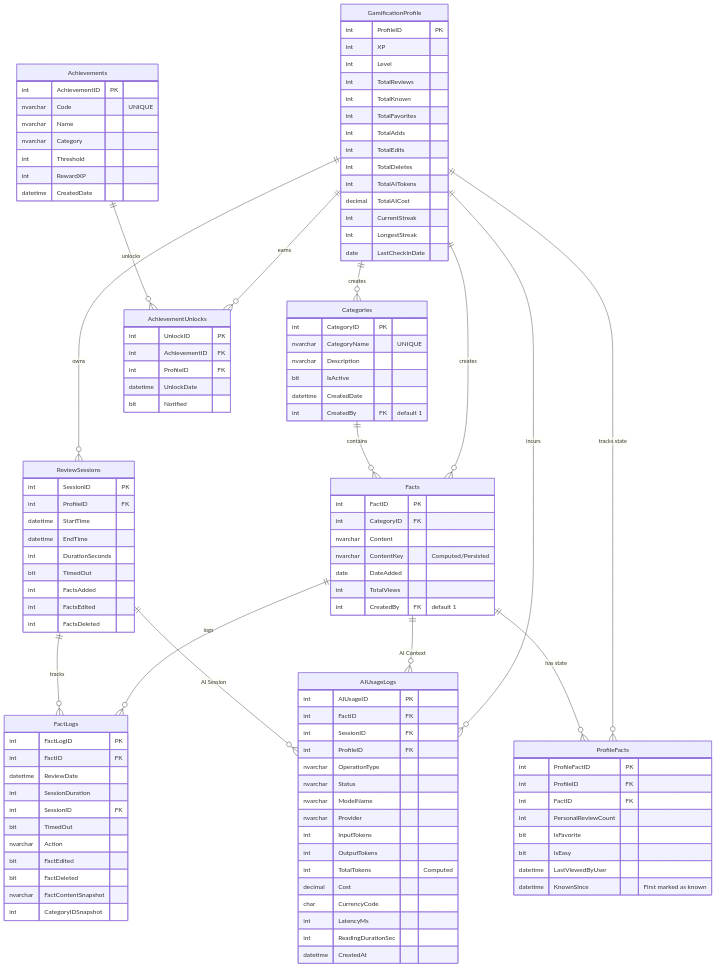
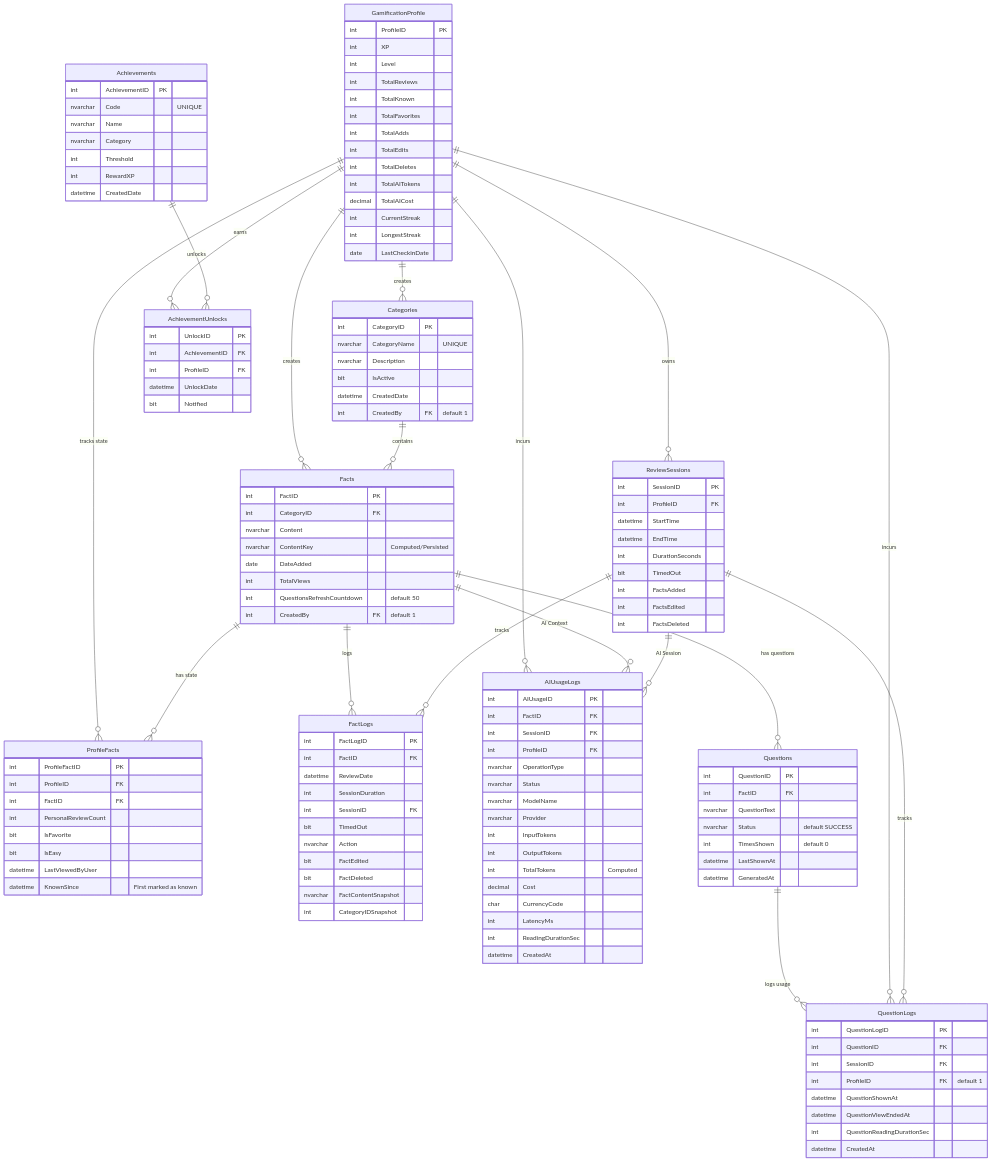
The diagram in database_setup/database_ERD.mmd (LordGauravB/FactDari), drawn with Mermaid before and after one commit. The commit also changed 4 other files, not shown here.

```diff
--- a/database_setup/database_ERD.mmd
+++ b/database_setup/database_ERD.mmd
@@ -1,135 +1,163 @@
 erDiagram
     GamificationProfile {
         int ProfileID PK
         int XP
         int Level
         int TotalReviews
         int TotalKnown
         int TotalFavorites
         int TotalAdds
         int TotalEdits
         int TotalDeletes
         int TotalAITokens
         decimal TotalAICost
         int CurrentStreak
         int LongestStreak
         date LastCheckinDate
     }
 
     Categories {
         int CategoryID PK
         nvarchar CategoryName "UNIQUE"
         nvarchar Description
         bit IsActive
         datetime CreatedDate
         int CreatedBy FK "default 1"
     }
 
     Facts {
         int FactID PK
         int CategoryID FK
         nvarchar Content
         nvarchar ContentKey "Computed/Persisted"
         date DateAdded
         int TotalViews
+        int QuestionsRefreshCountdown "default 50"
         int CreatedBy FK "default 1"
     }
 
     ProfileFacts {
         int ProfileFactID PK
         int ProfileID FK
         int FactID FK
         int PersonalReviewCount
         bit IsFavorite
         bit IsEasy
         datetime LastViewedByUser
         datetime KnownSince "First marked as known"
     }
 
     ReviewSessions {
         int SessionID PK
         int ProfileID FK
         datetime StartTime
         datetime EndTime
         int DurationSeconds
         bit TimedOut
         int FactsAdded
         int FactsEdited
         int FactsDeleted
     }
 
     FactLogs {
         int FactLogID PK
         int FactID FK
         datetime ReviewDate
         int SessionDuration
         int SessionID FK
         bit TimedOut
         nvarchar Action
         bit FactEdited
         bit FactDeleted
         nvarchar FactContentSnapshot
         int CategoryIDSnapshot
     }
 
     AIUsageLogs {
         int AIUsageID PK
         int FactID FK
         int SessionID FK
         int ProfileID FK
         nvarchar OperationType
         nvarchar Status
         nvarchar ModelName
         nvarchar Provider
         int InputTokens
         int OutputTokens
         int TotalTokens "Computed"
         decimal Cost
         char CurrencyCode
         int LatencyMs
         int ReadingDurationSec
         datetime CreatedAt
     }
 
+    Questions {
+        int QuestionID PK
+        int FactID FK
+        nvarchar QuestionText
+        nvarchar Status "default SUCCESS"
+        int TimesShown "default 0"
+        datetime LastShownAt
+        datetime GeneratedAt
+    }
+
+    QuestionLogs {
+        int QuestionLogID PK
+        int QuestionID FK
+        int SessionID FK
+        int ProfileID FK "default 1"
+        datetime QuestionShownAt
+        datetime QuestionViewEndedAt
+        int QuestionReadingDurationSec
+        datetime CreatedAt
+    }
+
     Achievements {
         int AchievementID PK
         nvarchar Code "UNIQUE"
         nvarchar Name
         nvarchar Category
         int Threshold
         int RewardXP
         datetime CreatedDate
     }
 
     AchievementUnlocks {
         int UnlockID PK
         int AchievementID FK
         int ProfileID FK
         datetime UnlockDate
         bit Notified
     }
 
     %% --- Core Relationships ---
     GamificationProfile ||--o{ ReviewSessions : owns
     GamificationProfile ||--o{ AchievementUnlocks : earns
     GamificationProfile ||--o{ AIUsageLogs : incurs
     GamificationProfile ||--o{ ProfileFacts : "tracks state"
     
     %% --- Creator Tracking (Added these based on SQL FKs) ---
     GamificationProfile ||--o{ Categories : "creates"
     GamificationProfile ||--o{ Facts : "creates"
 
     %% --- Content Structure ---
     Categories ||--o{ Facts : contains
     Facts ||--o{ ProfileFacts : "has state"
     
     %% --- Logging & History ---
     Facts ||--o{ FactLogs : logs
     ReviewSessions ||--o{ FactLogs : tracks
     
     %% --- AI ---
     Facts ||--o{ AIUsageLogs : "AI Context"
     ReviewSessions ||--o{ AIUsageLogs : "AI Session"
 
+    %% --- Questions ---
+    Facts ||--o{ Questions : "has questions"
+    Questions ||--o{ QuestionLogs : "logs usage"
+    GamificationProfile ||--o{ QuestionLogs : "incurs"
+    ReviewSessions ||--o{ QuestionLogs : "tracks"
+
     %% --- Gamification ---
     Achievements ||--o{ AchievementUnlocks : unlocks
```
